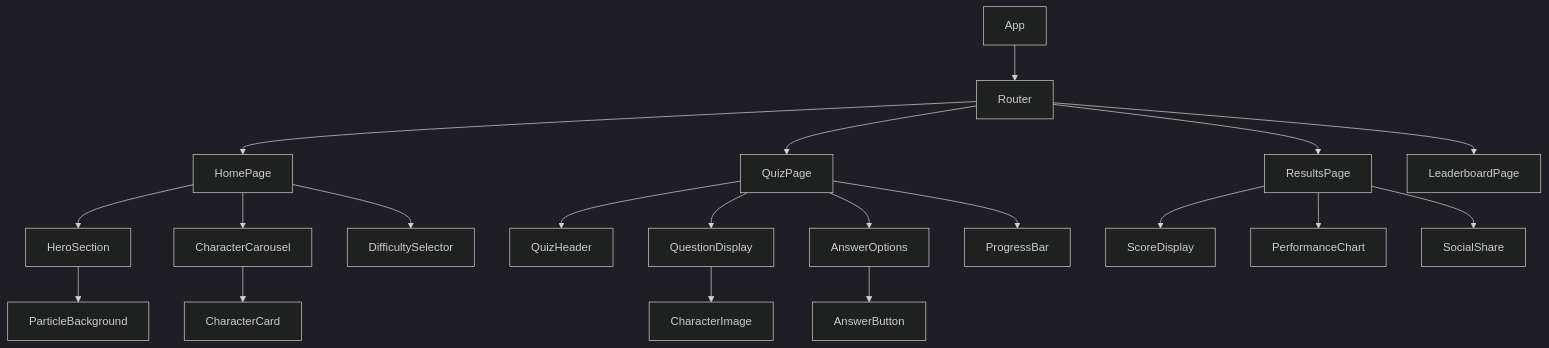
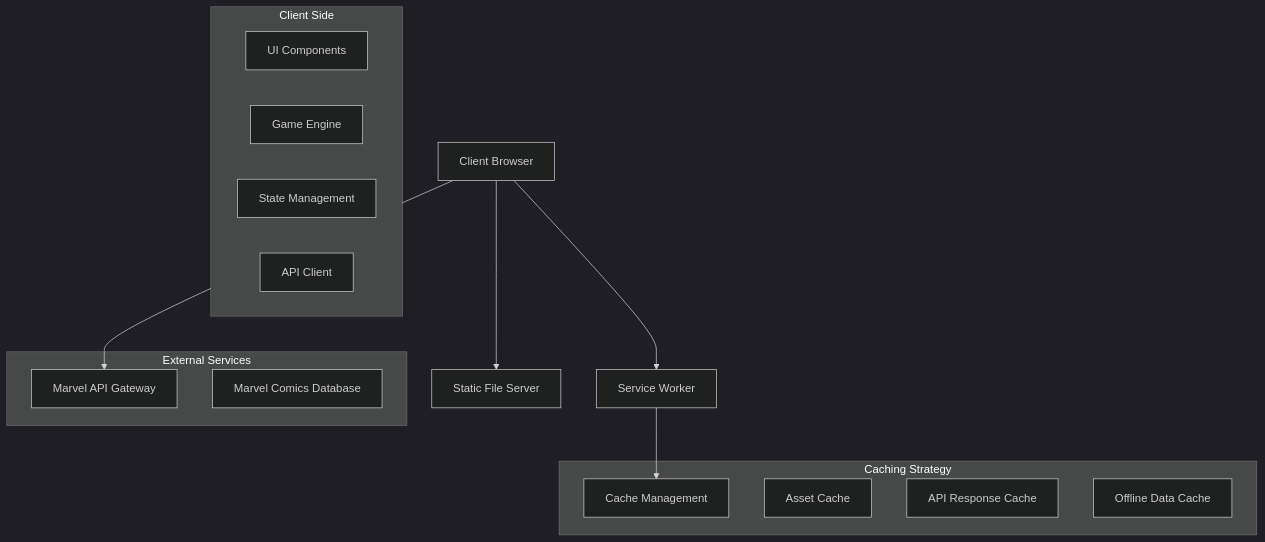
Before and after one commit to StrayDogSyn/Learner-Files-v3.5: the second of 3 diagrams in .trae/documents/Marvel-Quiz-Technical-Architecture.md, drawn with Mermaid (dark theme). The commit also changed other lines of this file and 11 other files, not shown here.

First line of the commit message:
feat(doc): overhaul Marvel Quiz technical architecture and development plan

````diff
--- a/.trae/documents/Marvel-Quiz-Technical-Architecture.md
+++ b/.trae/documents/Marvel-Quiz-Technical-Architecture.md
@@ -189,26 +135,26 @@
 ```mermaid
 graph TD
-    A[App] --> B[Router]
-    B --> C[HomePage]
-    B --> D[QuizPage]
-    B --> E[ResultsPage]
-    B --> F[LeaderboardPage]
+    A[Client Browser] --> B[Static File Server]
+    A --> C[Service Worker]
+    C --> D[Cache Management]
+    A --> E[Marvel API Gateway]
     
-    C --> G[HeroSection]
-    C --> H[CharacterCarousel]
-    C --> I[DifficultySelector]
+    subgraph "Client Side"
+        F[UI Components]
+        G[Game Engine]
+        H[State Management]
+        I[API Client]
+    end
     
-    D --> J[QuizHeader]
-    D --> K[QuestionDisplay]
-    D --> L[AnswerOptions]
-    D --> M[ProgressBar]
+    subgraph "Caching Strategy"
+        D
+        J[Asset Cache]
+        K[API Response Cache]
+        L[Offline Data Cache]
+    end
     
-    E --> N[ScoreDisplay]
-    E --> O[PerformanceChart]
-    E --> P[SocialShare]
-    
-    G --> Q[ParticleBackground]
-    H --> R[CharacterCard]
-    K --> S[CharacterImage]
-    L --> T[AnswerButton]
+    subgraph "External Services"
+        E
+        M[Marvel Comics Database]
+    end
 ```
````
